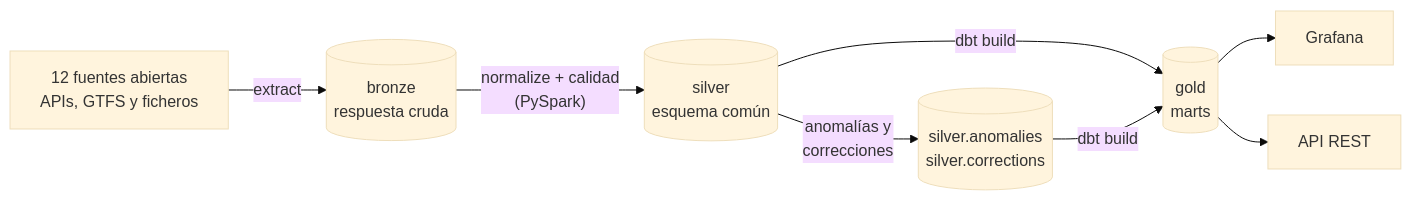
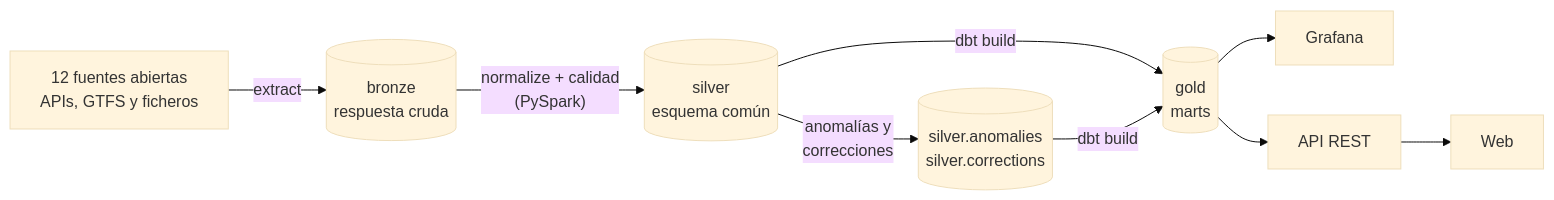
One commit to AlexandreColl/MallorcaDataPlatform changed the diagram in README.md. Above: the diagram before and after it, drawn with Mermaid (base theme). The commit also changed other lines of this file and 19 other files, not shown here.

````diff
--- a/README.md
+++ b/README.md
@@ -24,9 +24,9 @@
 ```mermaid
 flowchart LR
     SRC["12 fuentes abiertas<br/>APIs, GTFS y ficheros"] -->|extract| BR[("bronze<br/>respuesta cruda")]
     BR -->|"normalize + calidad<br/>(PySpark)"| SL[("silver<br/>esquema común")]
     SL -->|"anomalías y<br/>correcciones"| AC[("silver.anomalies<br/>silver.corrections")]
     SL & AC -->|dbt build| GD[("gold<br/>marts")]
     GD --> GF[Grafana]
-    GD --> API[API REST]
+    GD --> API[API REST] --> WEB[Web]
 ```
````
